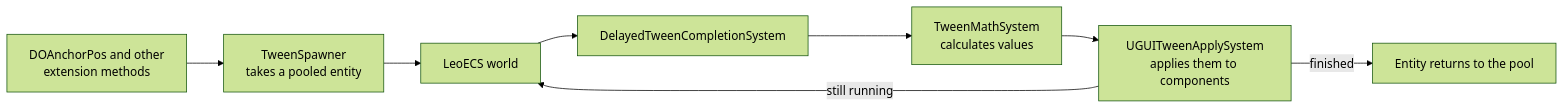
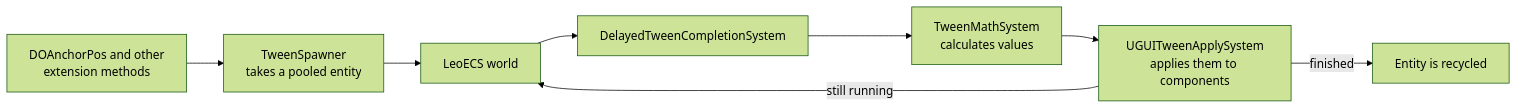
One commit to sgonzalezrozo/unity-ui-tweens changed the diagram in README.md. Above: the diagram before and after it, drawn with Mermaid (forest theme). The commit also changed other lines of this file and 23 other files, not shown here.

First line of the commit message:
fix: make sequences, custom tweens and callbacks work

````diff
--- a/README.md
+++ b/README.md
@@ -323,10 +339,10 @@
 ```mermaid
 flowchart LR
     A["DOAnchorPos and other<br>extension methods"] --> B["TweenSpawner<br>takes a pooled entity"]
     B --> C["LeoECS world"]
     C --> D["DelayedTweenCompletionSystem"]
     D --> E["TweenMathSystem<br>calculates values"]
     E --> F["UGUITweenApplySystem<br>applies them to components"]
-    F -->|finished| G["Entity returns to the pool"]
+    F -->|finished| G["Entity is recycled"]
     F -->|still running| C
 ```
````
